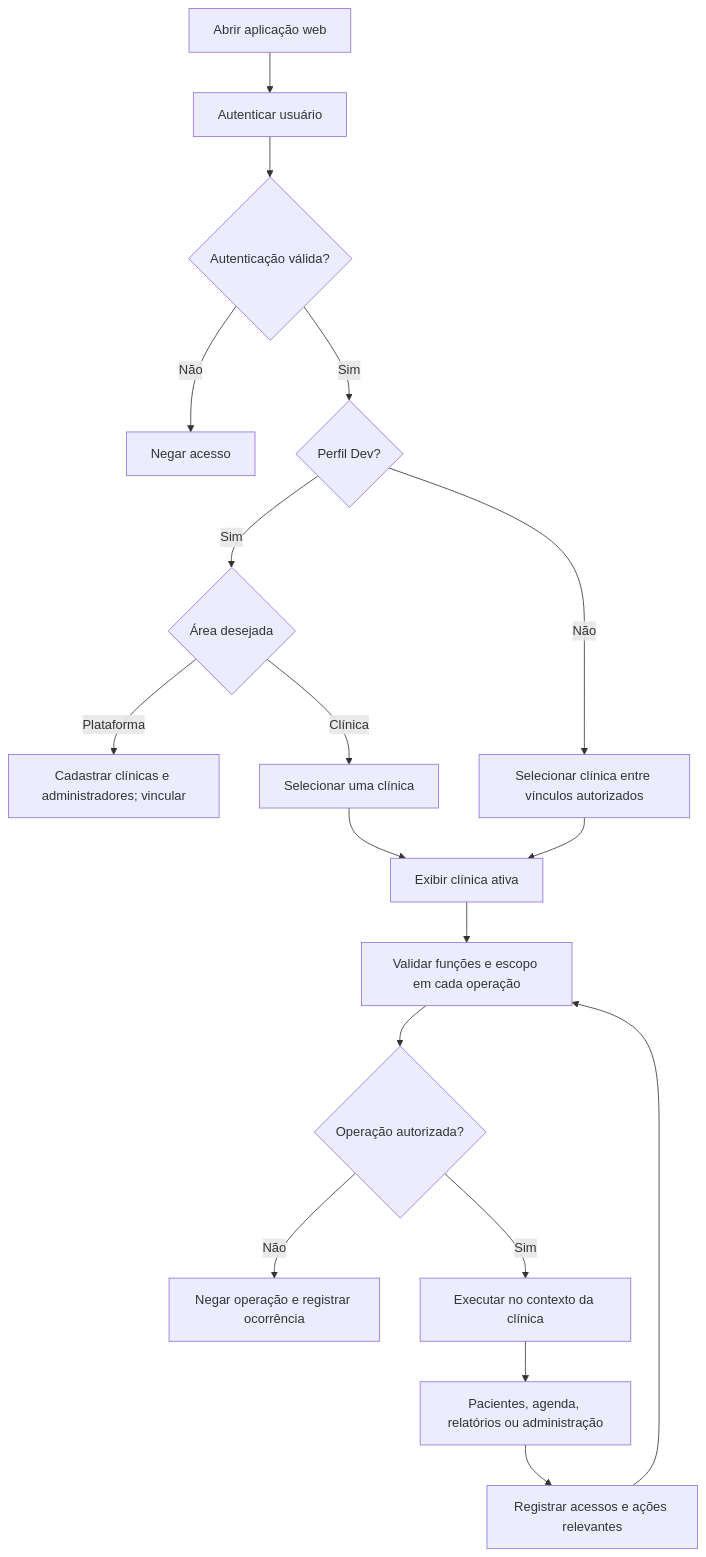
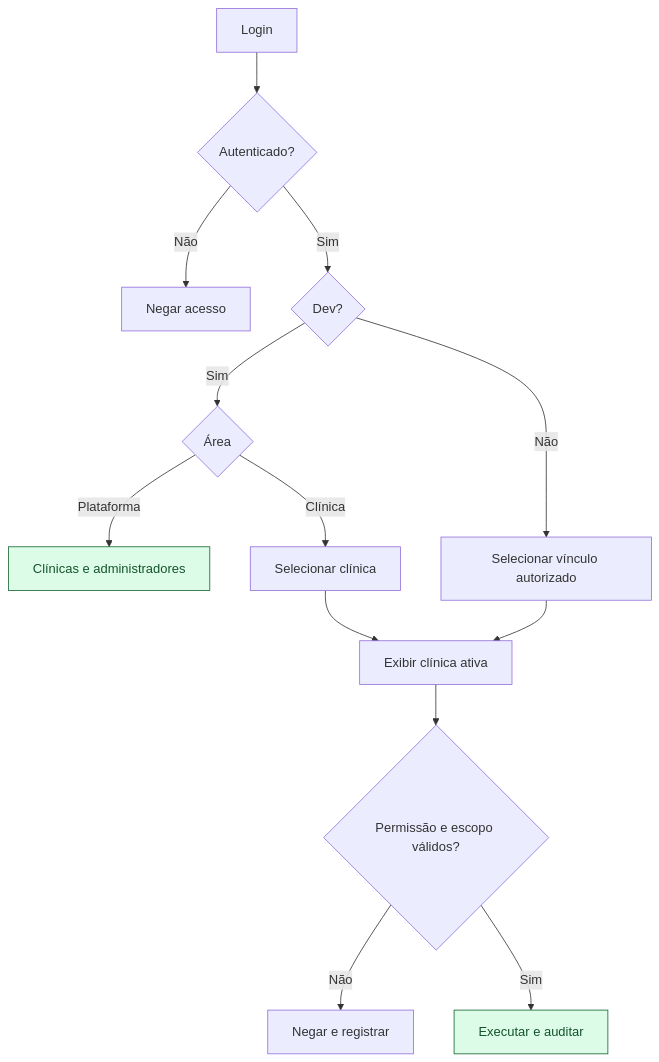
One commit to ArthurSarva/IntegraConsultas changed the first of 9 diagrams in docs/fluxograma-sistema.md. Above: the diagram before and after it, drawn with Mermaid. The commit also changed other lines of this file, not shown here.

````diff
--- a/docs/fluxograma-sistema.md
+++ b/docs/fluxograma-sistema.md
@@ -8,20 +12,17 @@
 ```mermaid
 flowchart TD
-    A["Abrir aplicação web"] --> B["Autenticar usuário"]
-    B --> C{"Autenticação válida?"}
-    C -->|Não| D["Negar acesso"]
-    C -->|Sim| E{"Perfil Dev?"}
-    E -->|Sim| F{"Área desejada"}
-    F -->|Plataforma| G["Cadastrar clínicas e administradores; vincular"]
-    F -->|Clínica| H["Selecionar uma clínica"]
-    E -->|Não| I["Selecionar clínica entre vínculos autorizados"]
-    H --> J["Exibir clínica ativa"]
-    I --> J
-    J --> K["Validar funções e escopo em cada operação"]
-    K --> L{"Operação autorizada?"}
-    L -->|Não| M["Negar operação e registrar ocorrência"]
-    L -->|Sim| N["Executar no contexto da clínica"]
-    N --> O["Pacientes, agenda, relatórios ou administração"]
-    O --> P["Registrar acessos e ações relevantes"]
-    P --> K
+ A["Login"] --> B{"Autenticado?"}
+ B -->|Não| X["Negar acesso"]
+ B -->|Sim| C{"Dev?"}
+ C -->|Sim| D{"Área"}
+ D -->|Plataforma| E["Clínicas e administradores"]
+ D -->|Clínica| F["Selecionar clínica"]
+ C -->|Não| G["Selecionar vínculo autorizado"]
+ F --> H["Exibir clínica ativa"]
+ G --> H
+ H --> I{"Permissão e escopo válidos?"}
+ I -->|Não| J["Negar e registrar"]
+ I -->|Sim| K["Executar e auditar"]
+ classDef fim fill:#dcfce7,stroke:#166534,color:#14532d;
+ class E,K fim;
 ```
````
